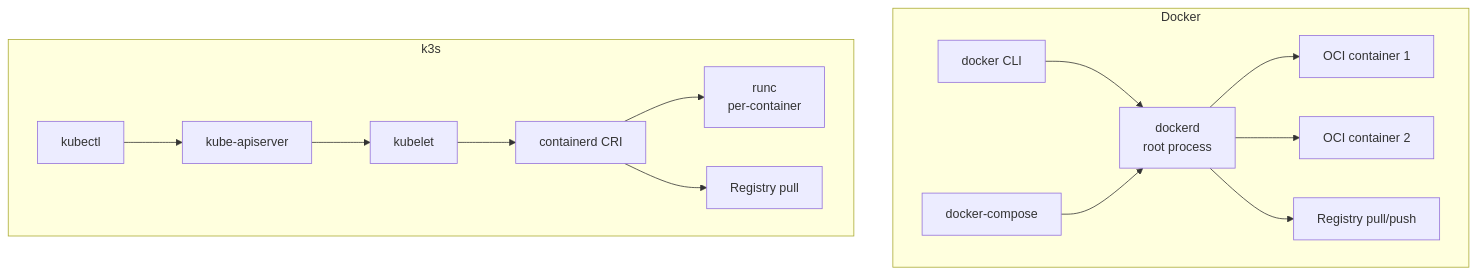
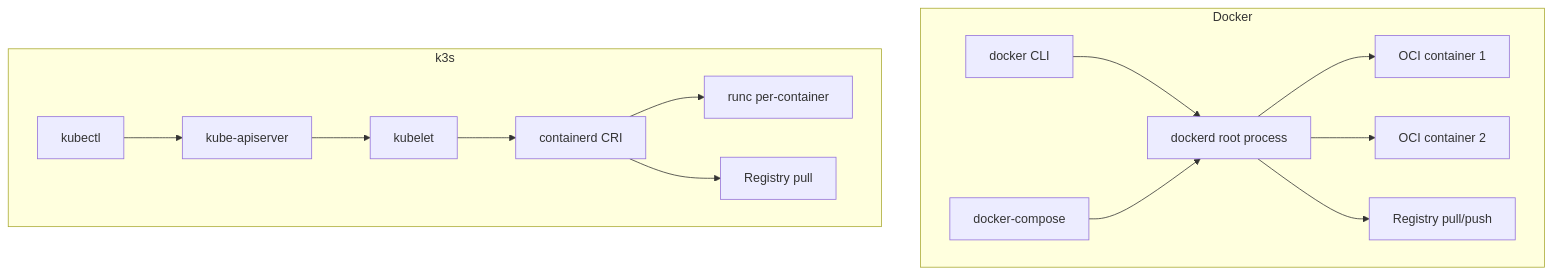
One commit to UncleJS/course_k3s changed the second of 7 diagrams in 17_docker_to_k3s/01_mental_model_shift.md. Above: the diagram before and after it, drawn with Mermaid. The commit also changed other lines of this file and 57 other files, not shown here.

````diff
--- a/17_docker_to_k3s/01_mental_model_shift.md
+++ b/17_docker_to_k3s/01_mental_model_shift.md
@@ -61,17 +61,17 @@
 ```mermaid
 graph TD
     subgraph Docker
-        CLI[docker CLI] --> DAEMON[dockerd\nroot process]
+        CLI[docker CLI] --> DAEMON[dockerd root process]
         COMPOSE[docker-compose] --> DAEMON
         DAEMON --> OCI1[OCI container 1]
         DAEMON --> OCI2[OCI container 2]
         DAEMON --> REGISTRY[Registry pull/push]
     end
     subgraph k3s
         KUBECTL[kubectl] --> APISERVER[kube-apiserver]
         APISERVER --> KUBELET[kubelet]
         KUBELET --> CRI[containerd CRI]
-        CRI --> RUNC[runc\nper-container]
+        CRI --> RUNC[runc per-container]
         CRI --> REGISTRY2[Registry pull]
     end
 ```
````
